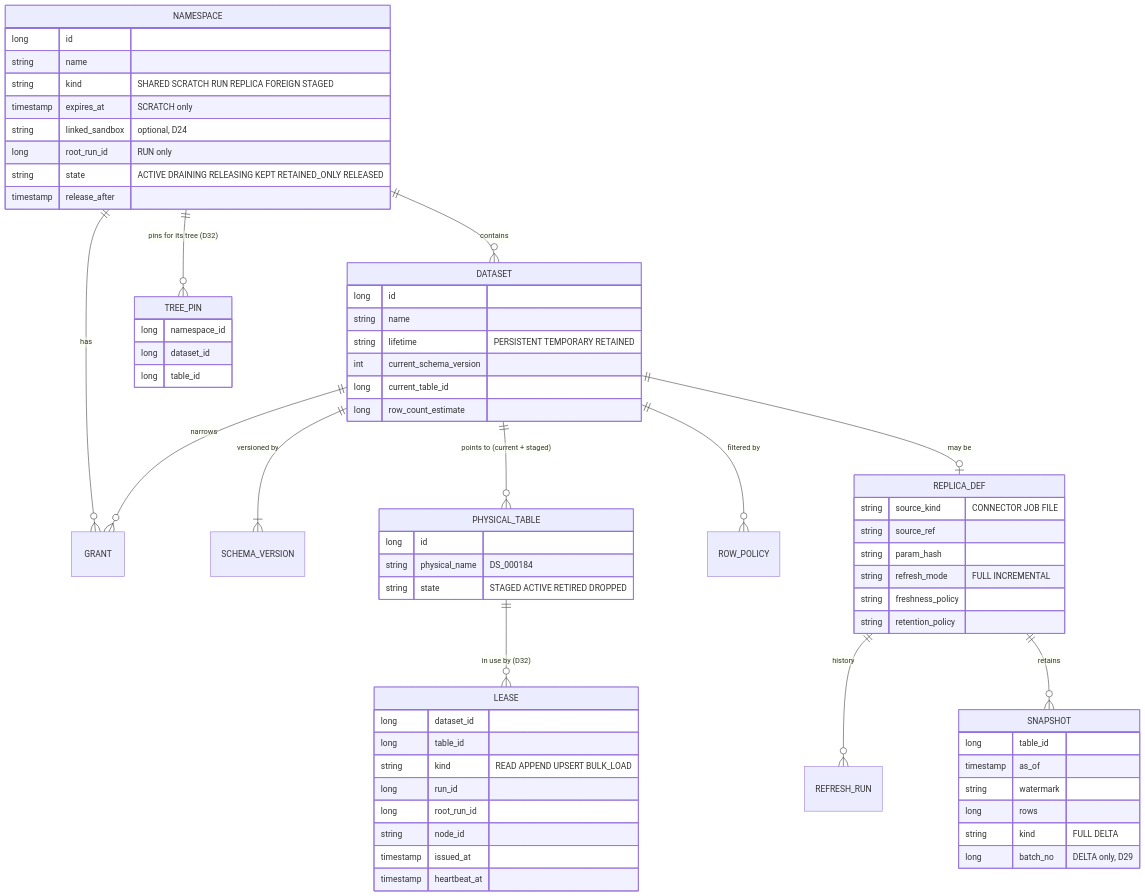
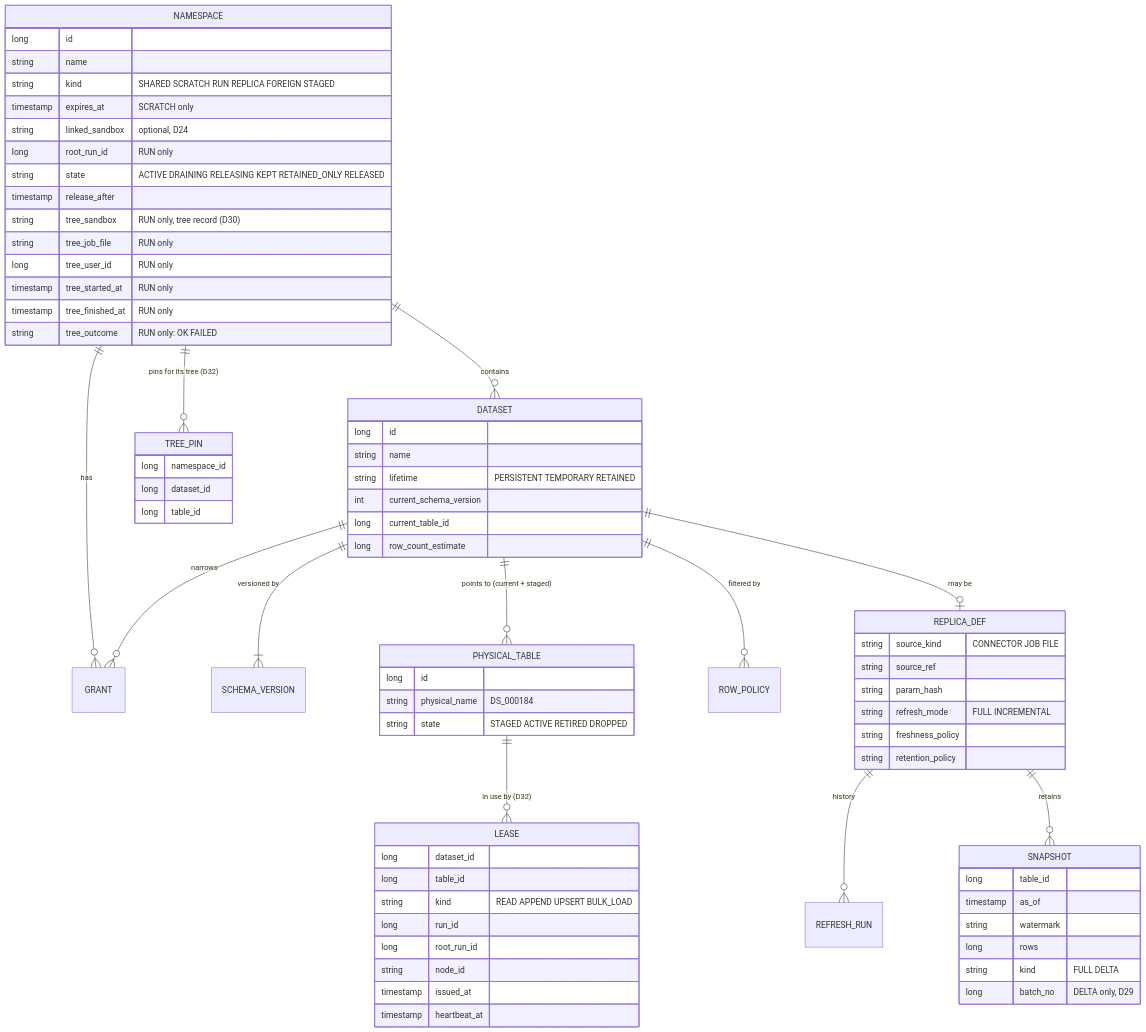
One commit to dpavlis/clover-datastore changed the diagram in spec/06-namespaces.md. Above: the diagram before and after it, drawn with Mermaid. The commit also changed 4 other files, not shown here.

First line of the commit message:
Propose D30: the store keeps its own tree record

````diff
--- a/spec/06-namespaces.md
+++ b/spec/06-namespaces.md
@@ -42,68 +42,74 @@
 ```mermaid
 erDiagram
   NAMESPACE ||--o{ DATASET : contains
   NAMESPACE ||--o{ GRANT : "has"
   DATASET ||--o{ GRANT : "narrows"
   DATASET ||--|{ SCHEMA_VERSION : "versioned by"
   DATASET ||--o{ PHYSICAL_TABLE : "points to (current + staged)"
   DATASET ||--o{ ROW_POLICY : "filtered by"
   DATASET ||--o| REPLICA_DEF : "may be"
   PHYSICAL_TABLE ||--o{ LEASE : "in use by (D32)"
   NAMESPACE ||--o{ TREE_PIN : "pins for its tree (D32)"
   REPLICA_DEF ||--o{ REFRESH_RUN : "history"
   REPLICA_DEF ||--o{ SNAPSHOT : "retains"
   NAMESPACE {
     long id
     string name
     string kind "SHARED SCRATCH RUN REPLICA FOREIGN STAGED"
     timestamp expires_at "SCRATCH only"
     string linked_sandbox "optional, D24"
     long root_run_id "RUN only"
     string state "ACTIVE DRAINING RELEASING KEPT RETAINED_ONLY RELEASED"
     timestamp release_after
+    string tree_sandbox "RUN only, tree record (D30)"
+    string tree_job_file "RUN only"
+    long tree_user_id "RUN only"
+    timestamp tree_started_at "RUN only"
+    timestamp tree_finished_at "RUN only"
+    string tree_outcome "RUN only: OK FAILED"
   }
   LEASE {
     long dataset_id
     long table_id
     string kind "READ APPEND UPSERT BULK_LOAD"
     long run_id
     long root_run_id
     string node_id
     timestamp issued_at
     timestamp heartbeat_at
   }
   TREE_PIN {
     long namespace_id
     long dataset_id
     long table_id
   }
   DATASET {
     long id
     string name
     string lifetime "PERSISTENT TEMPORARY RETAINED"
     int current_schema_version
     long current_table_id
     long row_count_estimate
   }
   PHYSICAL_TABLE {
     long id
     string physical_name "DS_000184"
     string state "STAGED ACTIVE RETIRED DROPPED"
   }
   REPLICA_DEF {
     string source_kind "CONNECTOR JOB FILE"
     string source_ref
     string param_hash
     string refresh_mode "FULL INCREMENTAL"
     string freshness_policy
     string retention_policy
   }
   SNAPSHOT {
     long table_id
     timestamp as_of
     string watermark
     long rows
     string kind "FULL DELTA"
     long batch_no "DELTA only, D29"
   }
 ```
````
